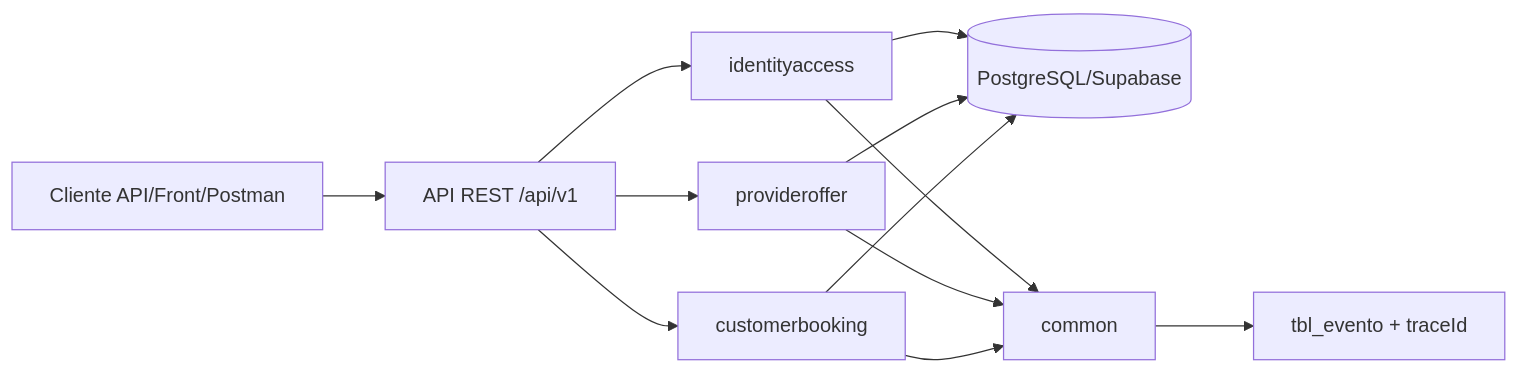
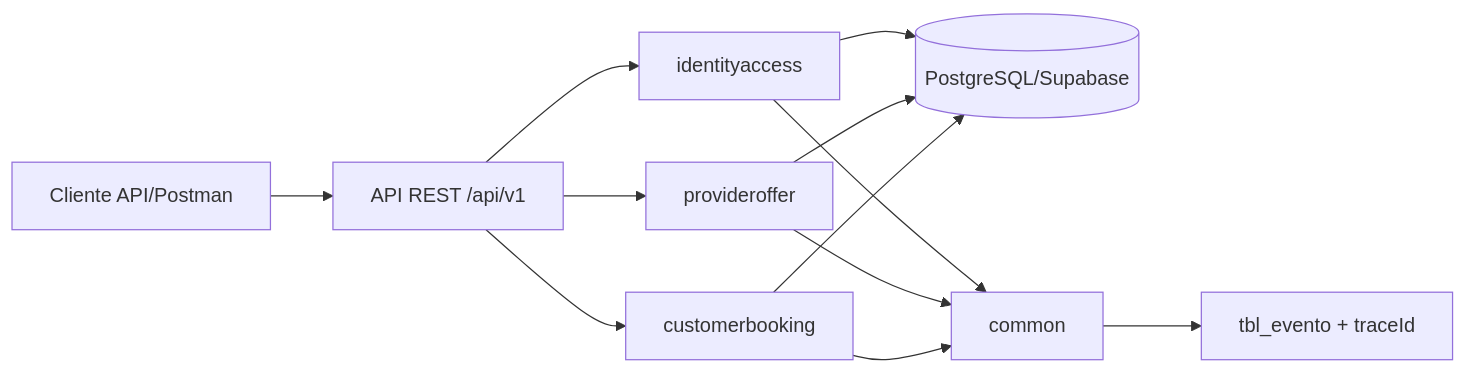
One commit to spalacioc05/EAP09-Caso15-ReservasServicios-2026-1 changed the diagram in README.md. Above: the diagram before and after it, drawn with Mermaid. The commit also changed other lines of this file, not shown here.

````diff
--- a/README.md
+++ b/README.md
@@ -250,17 +360,17 @@
 ```mermaid
 flowchart LR
-        C[Cliente API/Front/Postman] --> A[API REST /api/v1]
+        C[Cliente API/Postman] --> A[API REST /api/v1]
         A --> IA[identityaccess]
         A --> PO[provideroffer]
         A --> CB[customerbooking]
 
         IA --> DB[(PostgreSQL/Supabase)]
         PO --> DB
         CB --> DB
 
         IA --> CM[common]
         PO --> CM
         CB --> CM
 
         CM --> EV[tbl_evento + traceId]
 ```
````
